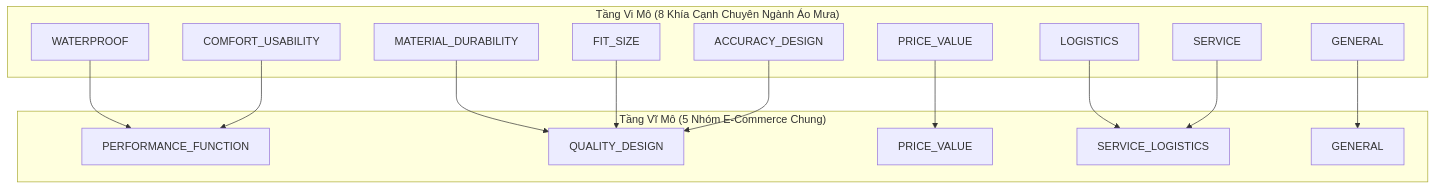
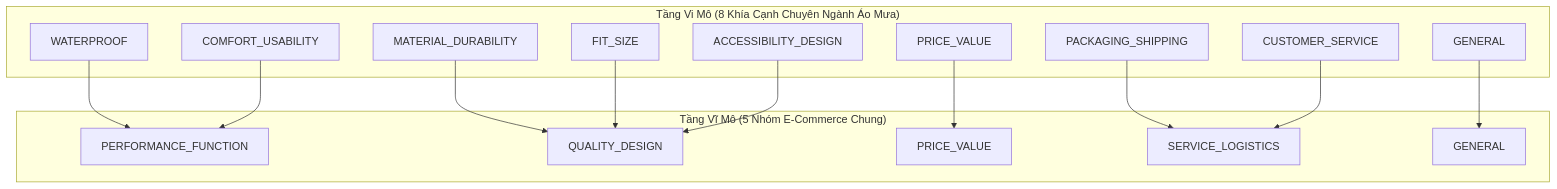
One commit to MenBoyBMN/EcomReview-AI changed the diagram in docs/annotation_guideline.md. Above: the diagram before and after it, drawn with Mermaid. The commit also changed other lines of this file and 67 other files, not shown here.

````diff
--- a/docs/annotation_guideline.md
+++ b/docs/annotation_guideline.md
@@ -22,32 +22,32 @@
 ```mermaid
 graph TD
     subgraph MacroAspect["Tầng Vĩ Mô (5 Nhóm E-Commerce Chung)"]
         PF[PERFORMANCE_FUNCTION]
         QD[QUALITY_DESIGN]
         PV[PRICE_VALUE]
         SL[SERVICE_LOGISTICS]
         GEN[GENERAL]
     end
 
     subgraph FineAspect["Tầng Vi Mô (8 Khía Cạnh Chuyên Ngành Áo Mưa)"]
         W[WATERPROOF]
         CU[COMFORT_USABILITY]
         MD[MATERIAL_DURABILITY]
         FS[FIT_SIZE]
-        AD[ACCURACY_DESIGN]
+        AD[ACCESSIBILITY_DESIGN]
         PR[PRICE_VALUE]
-        LOG[LOGISTICS]
-        SER[SERVICE]
+        LOG[PACKAGING_SHIPPING]
+        SER[CUSTOMER_SERVICE]
         G[GENERAL]
     end
 
     W --> PF
     CU --> PF
     MD --> QD
     FS --> QD
     AD --> QD
     PR --> PV
     LOG --> SL
     SER --> SL
     G --> GEN
 ```
````
